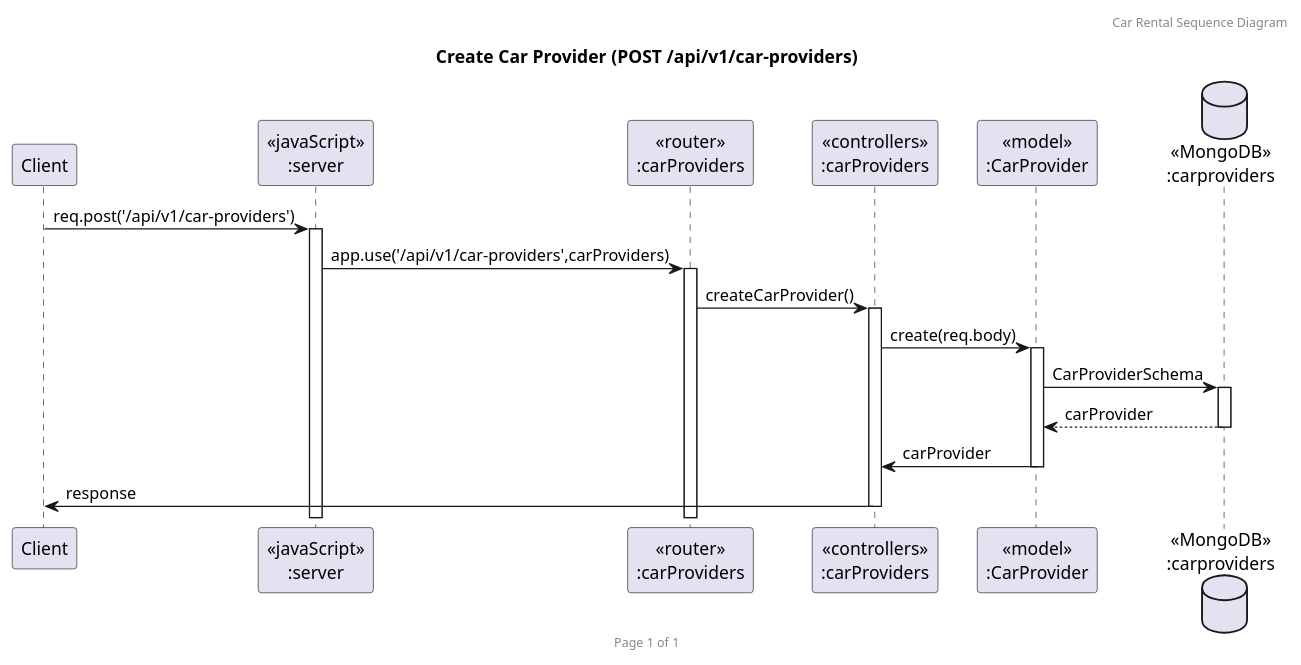
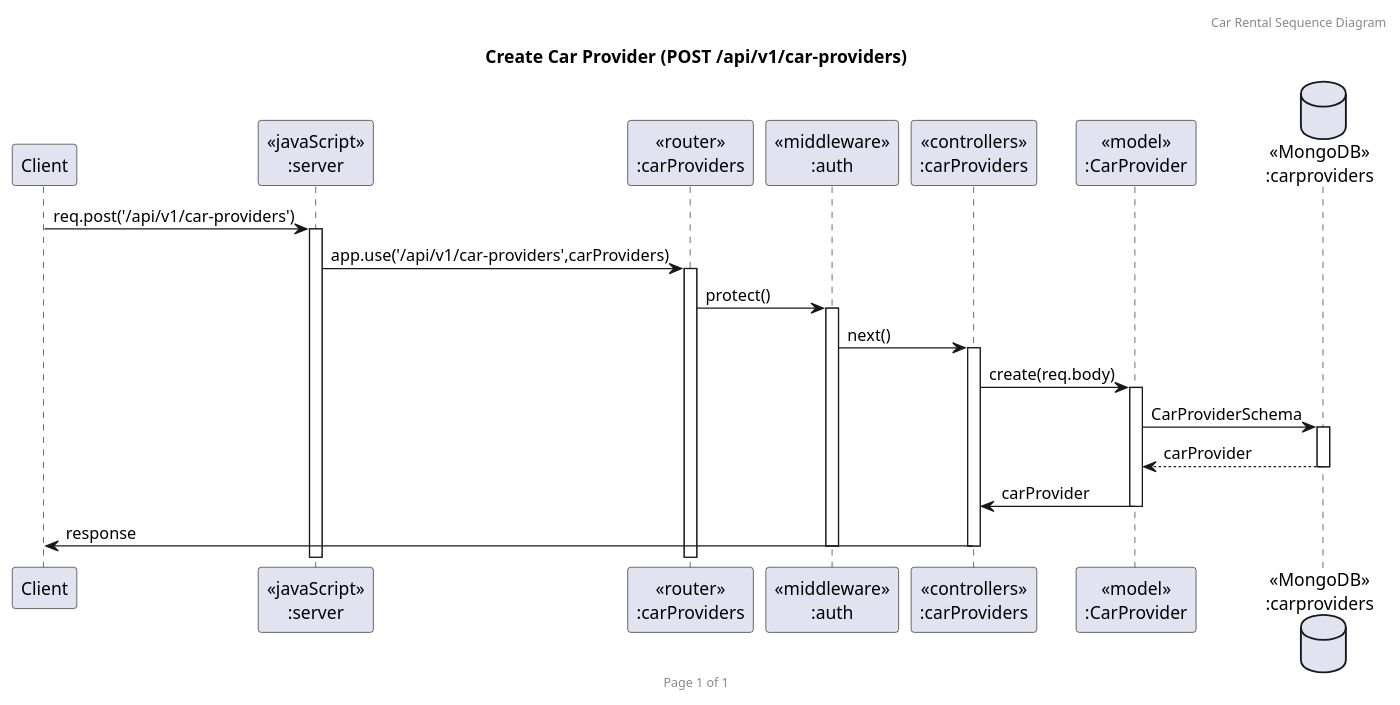
The diagram in UML/Sequence_Provider_POST.puml (2110503-CEDT68/be-project-68-paopaopao), drawn with PlantUML before and after one commit. The commit also changed 9 other files, not shown here.

Commit message:
Fix: sequence diagram fix

```diff
--- a/UML/Sequence_Provider_POST.puml
+++ b/UML/Sequence_Provider_POST.puml
@@ -1,23 +1,26 @@
 @startuml Sequence_Provider_POST
 
 header Car Rental Sequence Diagram
 footer Page %page% of %lastpage%
 title "Create Car Provider (POST /api/v1/car-providers)"
 
 participant "Client" as client
 participant "<<javaScript>>\n:server" as server
 participant "<<router>>\n:carProviders" as routerCarProviders
+participant "<<middleware>>\n:auth" as middlewareAuth
 participant "<<controllers>>\n:carProviders" as controllersCarProviders
 participant "<<model>>\n:CarProvider" as modelCarProvider
 database "<<MongoDB>>\n:carproviders" as CarProvidersDatabase
 
 client->server ++:req.post('/api/v1/car-providers')
 server->routerCarProviders ++:app.use('/api/v1/car-providers',carProviders)
-routerCarProviders -> controllersCarProviders ++:createCarProvider()
+routerCarProviders->middlewareAuth ++:protect()
+middlewareAuth->controllersCarProviders ++:next()
 controllersCarProviders->modelCarProvider ++:create(req.body)
 modelCarProvider ->CarProvidersDatabase ++: CarProviderSchema
 CarProvidersDatabase -->modelCarProvider --: carProvider
 controllersCarProviders <- modelCarProvider --:carProvider
 controllersCarProviders->client --:response
+deactivate middlewareAuth
 
 @enduml
```
